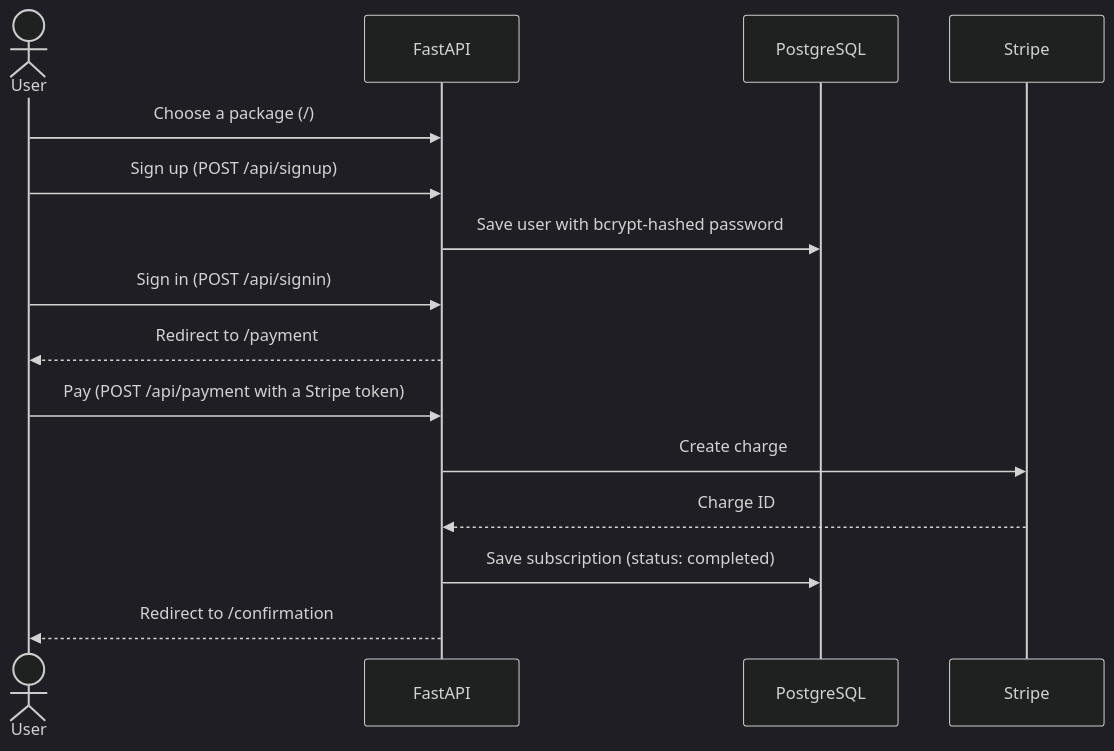
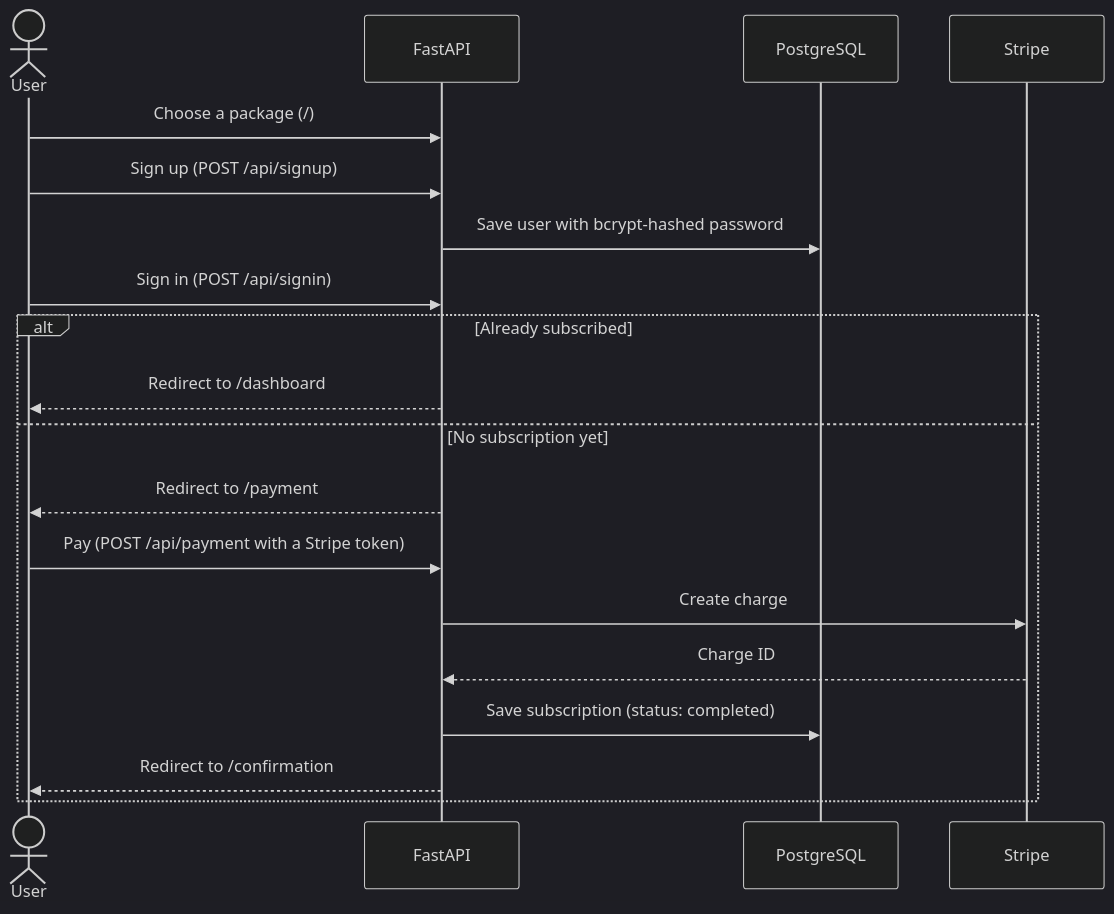
The diagram in README.md (hassankhursheed/saas-subscription-flow-fastapi-stripe), drawn with Mermaid (dark theme) before and after one commit. The commit also changed other lines of this file and 2 other files, not shown here.

Commit message:
Add subscriber dashboard page

````diff
--- a/README.md
+++ b/README.md
@@ -37,17 +40,21 @@
 ```mermaid
 sequenceDiagram
     actor U as User
     participant F as FastAPI
     participant D as PostgreSQL
     participant S as Stripe
     U->>F: Choose a package (/)
     U->>F: Sign up (POST /api/signup)
     F->>D: Save user with bcrypt-hashed password
     U->>F: Sign in (POST /api/signin)
-    F-->>U: Redirect to /payment
-    U->>F: Pay (POST /api/payment with a Stripe token)
-    F->>S: Create charge
-    S-->>F: Charge ID
-    F->>D: Save subscription (status: completed)
-    F-->>U: Redirect to /confirmation
+    alt Already subscribed
+        F-->>U: Redirect to /dashboard
+    else No subscription yet
+        F-->>U: Redirect to /payment
+        U->>F: Pay (POST /api/payment with a Stripe token)
+        F->>S: Create charge
+        S-->>F: Charge ID
+        F->>D: Save subscription (status: completed)
+        F-->>U: Redirect to /confirmation
+    end
 ```
````
